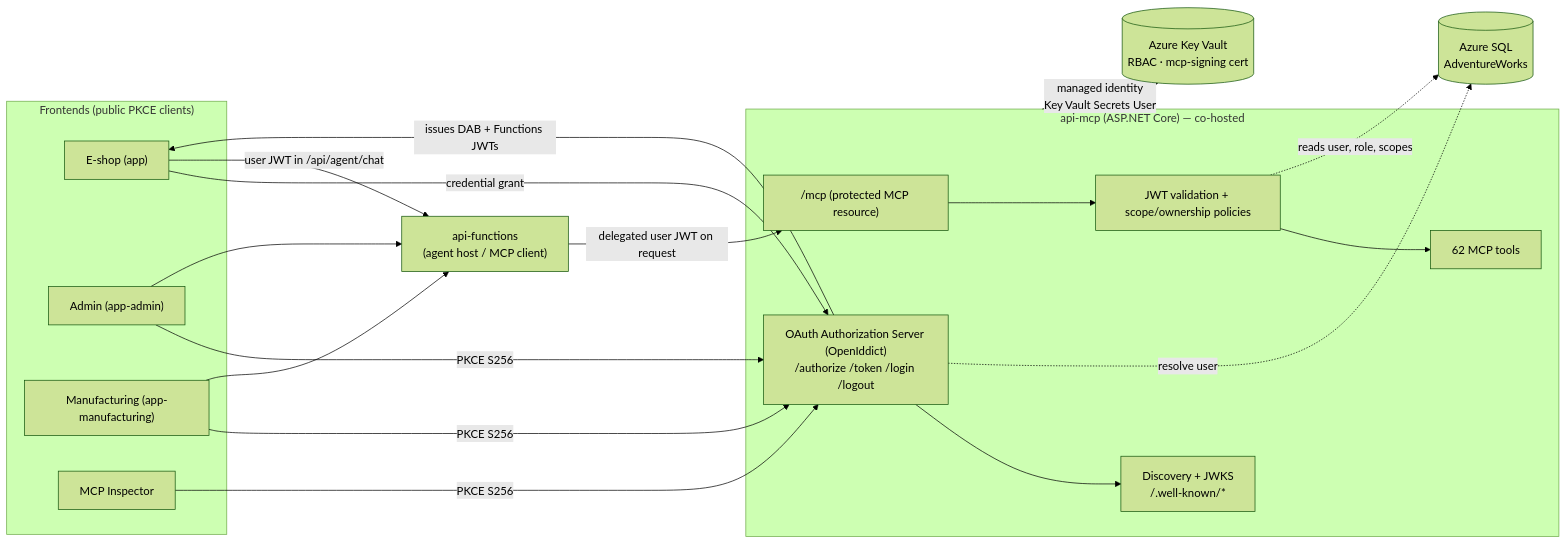
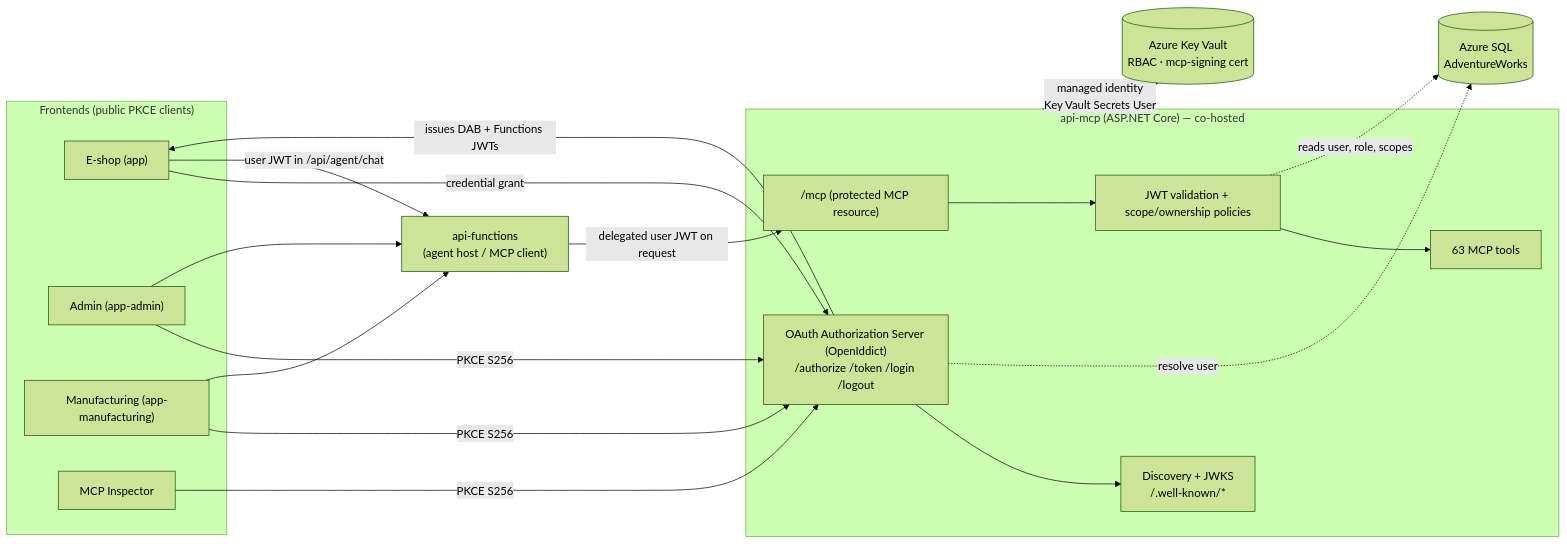
One commit to ahems/AdventureWorks changed the first of 3 diagrams in docs/features/mcp-oauth/README.md. Above: the diagram before and after it, drawn with Mermaid (forest theme). The commit also changed other lines of this file and 170 other files, not shown here.

````diff
--- a/docs/features/mcp-oauth/README.md
+++ b/docs/features/mcp-oauth/README.md
@@ -85,37 +93,37 @@
 ```mermaid
 flowchart LR
   subgraph Browser["Frontends (public PKCE clients)"]
     eshop["E-shop (app)"]
     admin["Admin (app-admin)"]
     mfg["Manufacturing (app-manufacturing)"]
     insp["MCP Inspector"]
   end
 
   subgraph apimcp["api-mcp (ASP.NET Core) — co-hosted"]
     as["OAuth Authorization Server (OpenIddict)\n/authorize /token /login /logout"]
     disc["Discovery + JWKS\n/.well-known/*"]
     val["JWT validation + scope/ownership policies"]
     mcp["/mcp (protected MCP resource)"]
-    tools["62 MCP tools"]
+    tools["63 MCP tools"]
   end
 
   func["api-functions\n(agent host / MCP client)"]
   kv[("Azure Key Vault\nRBAC · mcp-signing cert")]
   sql[("Azure SQL\nAdventureWorks")]
 
   eshop -->|credential grant| as
   admin -->|PKCE S256| as
   mfg -->|PKCE S256| as
   insp -->|PKCE S256| as
   as --> disc
   as -->|issues DAB + Functions JWTs| eshop
 
   eshop -->|user JWT in /api/agent/chat| func
   admin --> func
   mfg --> func
   func -->|delegated user JWT on request| mcp
   mcp --> val --> tools
   val -.reads user, role, scopes.-> sql
   as -.resolve user.-> sql
   apimcp -->|managed identity\nKey Vault Secrets User| kv
 ```
````
